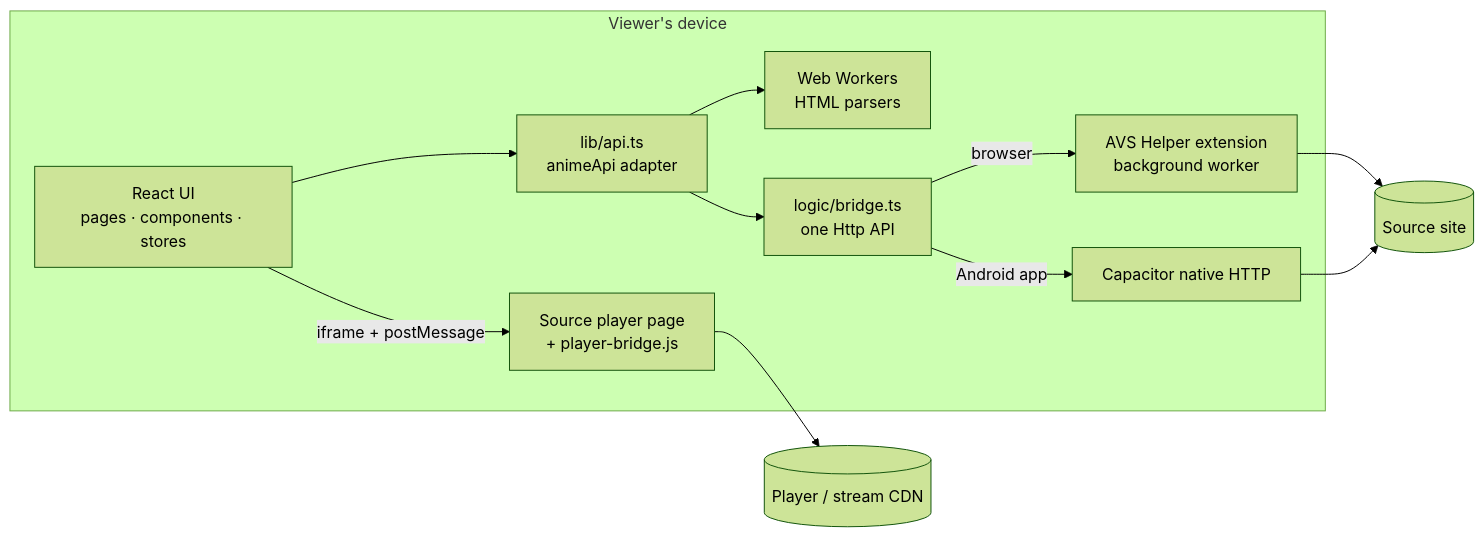
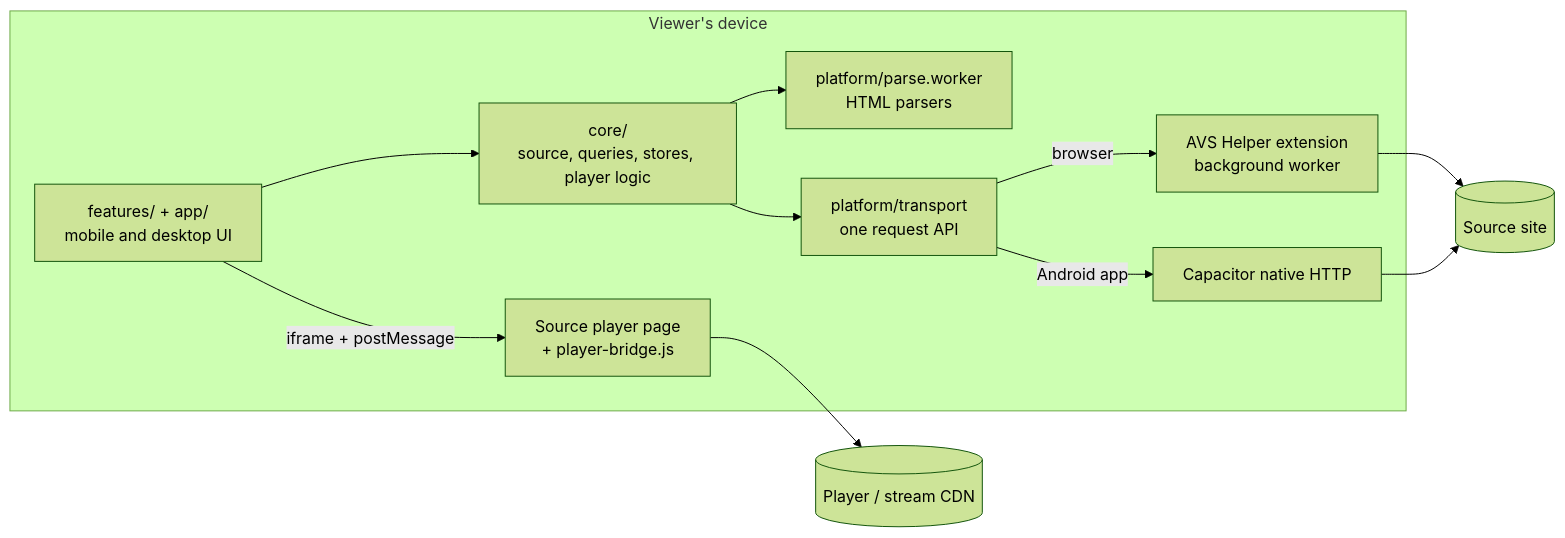
Before and after one commit to CodeForFee/anime-cinema-vite: the diagram in README.md, drawn with Mermaid (forest theme). The commit also changed other lines of this file and 2 other files, not shown here.

First line of the commit message:
docs: README for the layers, router, domain failover and player; ad observer re-checks changed nodes

````diff
--- a/README.md
+++ b/README.md
@@ -92,17 +92,17 @@
 ```mermaid
 flowchart LR
   subgraph Viewer["Viewer's device"]
-    UI["React UI<br/>pages · components · stores"]
-    API["lib/api.ts<br/>animeApi adapter"]
-    W["Web Workers<br/>HTML parsers"]
-    BR["logic/bridge.ts<br/>one Http API"]
-    UI --> API --> BR
-    API --> W
-    BR -- "browser" --> EXT["AVS Helper extension<br/>background worker"]
-    BR -- "Android app" --> NAT["Capacitor native HTTP"]
+    UI["features/ + app/<br/>mobile and desktop UI"]
+    CORE["core/<br/>source, queries, stores, player logic"]
+    W["platform/parse.worker<br/>HTML parsers"]
+    TR["platform/transport<br/>one request API"]
+    UI --> CORE --> TR
+    CORE --> W
+    TR -- "browser" --> EXT["AVS Helper extension<br/>background worker"]
+    TR -- "Android app" --> NAT["Capacitor native HTTP"]
     UI -- "iframe + postMessage" --> PL["Source player page<br/>+ player-bridge.js"]
   end
   EXT --> SRC[("Source site")]
   NAT --> SRC
   PL --> CDN[("Player / stream CDN")]
 ```
````
